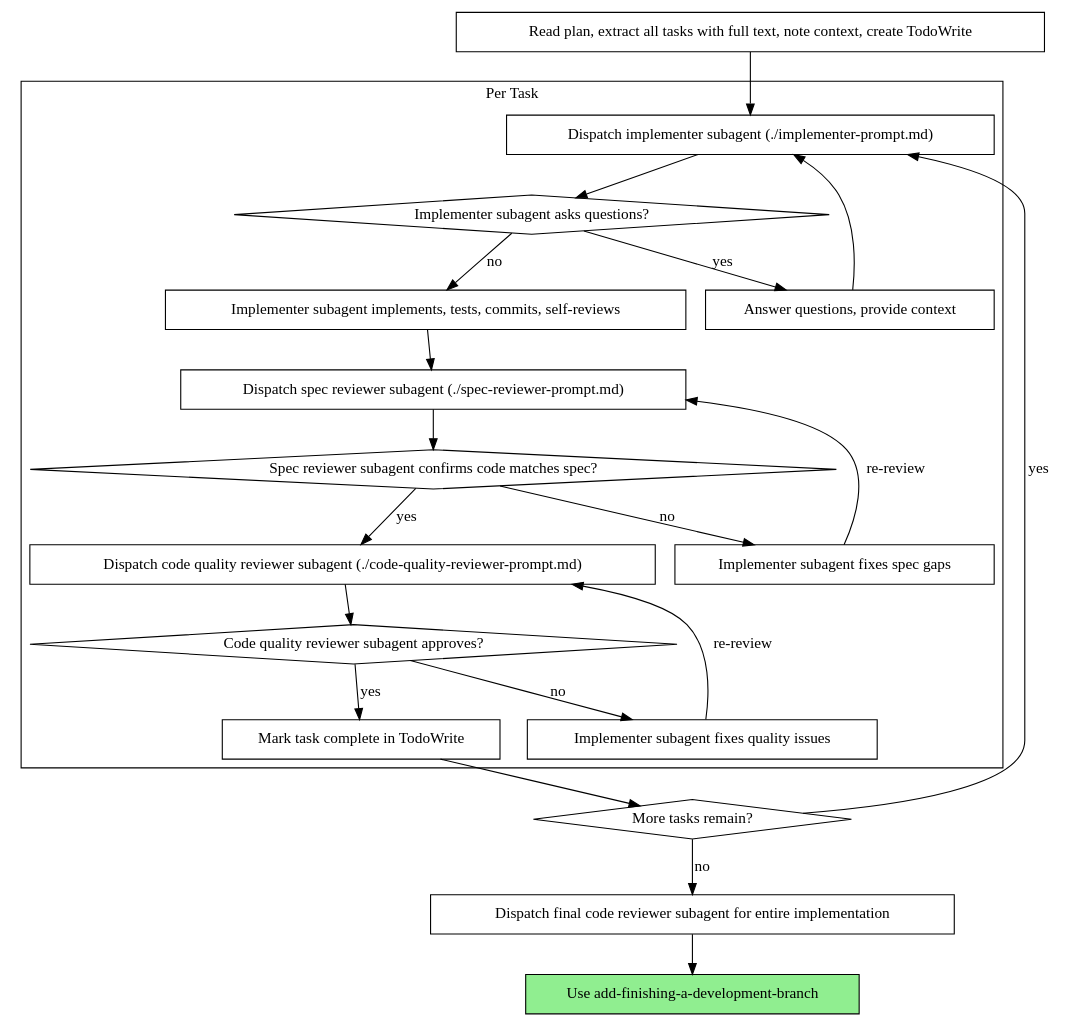
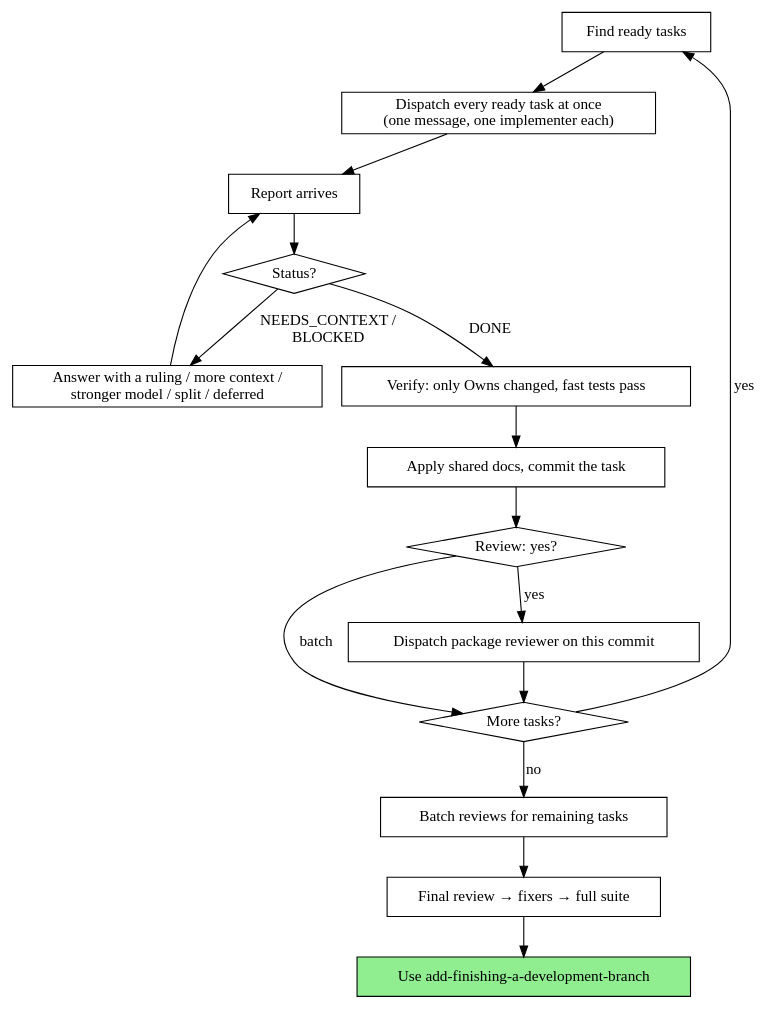
The second of 2 diagrams in skills/add-subagent-driven-development/SKILL.md (spenserhale/agentic-driven-development), drawn with Graphviz before and after one commit. The commit also changed other lines of this file and 26 other files, not shown here.

````diff
--- a/skills/add-subagent-driven-development/SKILL.md
+++ b/skills/add-subagent-driven-development/SKILL.md
@@ -44,44 +41,34 @@
 ```dot
 digraph process {
     rankdir=TB;
-
-    subgraph cluster_per_task {
-        label="Per Task";
-        "Dispatch implementer subagent (./implementer-prompt.md)" [shape=box];
-        "Implementer subagent asks questions?" [shape=diamond];
-        "Answer questions, provide context" [shape=box];
-        "Implementer subagent implements, tests, commits, self-reviews" [shape=box];
-        "Dispatch spec reviewer subagent (./spec-reviewer-prompt.md)" [shape=box];
-        "Spec reviewer subagent confirms code matches spec?" [shape=diamond];
-        "Implementer subagent fixes spec gaps" [shape=box];
-        "Dispatch code quality reviewer subagent (./code-quality-reviewer-prompt.md)" [shape=box];
-        "Code quality reviewer subagent approves?" [shape=diamond];
-        "Implementer subagent fixes quality issues" [shape=box];
-        "Mark task complete in TodoWrite" [shape=box];
-    }
-
-    "Read plan, extract all tasks with full text, note context, create TodoWrite" [shape=box];
-    "More tasks remain?" [shape=diamond];
-    "Dispatch final code reviewer subagent for entire implementation" [shape=box];
+    "Find ready tasks" [shape=box];
+    "Dispatch every ready task at once\n(one message, one implementer each)" [shape=box];
+    "Report arrives" [shape=box];
+    "Status?" [shape=diamond];
+    "Answer with a ruling / more context /\nstronger model / split / deferred" [shape=box];
+    "Verify: only Owns changed, fast tests pass" [shape=box];
+    "Apply shared docs, commit the task" [shape=box];
+    "Review: yes?" [shape=diamond];
+    "Dispatch package reviewer on this commit" [shape=box];
+    "More tasks?" [shape=diamond];
+    "Batch reviews for remaining tasks" [shape=box];
+    "Final review → fixers → full suite" [shape=box];
     "Use add-finishing-a-development-branch" [shape=box style=filled fillcolor=lightgreen];
 
-    "Read plan, extract all tasks with full text, note context, create TodoWrite" -> "Dispatch implementer subagent (./implementer-prompt.md)";
-    "Dispatch implementer subagent (./implementer-prompt.md)" -> "Implementer subagent asks questions?";
-    "Implementer subagent asks questions?" -> "Answer questions, provide context" [label="yes"];
-    "Answer questions, provide context" -> "Dispatch implementer subagent (./implementer-prompt.md)";
-    "Implementer subagent asks questions?" -> "Implementer subagent implements, tests, commits, self-reviews" [label="no"];
-    "Implementer subagent implements, tests, commits, self-reviews" -> "Dispatch spec reviewer subagent (./spec-reviewer-prompt.md)";
-    "Dispatch spec reviewer subagent (./spec-reviewer-prompt.md)" -> "Spec reviewer subagent confirms code matches spec?";
-    "Spec reviewer subagent confirms code matches spec?" -> "Implementer subagent fixes spec gaps" [label="no"];
-    "Implementer subagent fixes spec gaps" -> "Dispatch spec reviewer subagent (./spec-reviewer-prompt.md)" [label="re-review"];
-    "Spec reviewer subagent confirms code matches spec?" -> "Dispatch code quality reviewer subagent (./code-quality-reviewer-prompt.md)" [label="yes"];
-    "Dispatch code quality reviewer subagent (./code-quality-reviewer-prompt.md)" -> "Code quality reviewer subagent approves?";
-    "Code quality reviewer subagent approves?" -> "Implementer subagent fixes quality issues" [label="no"];
-    "Implementer subagent fixes quality issues" -> "Dispatch code quality reviewer subagent (./code-quality-reviewer-prompt.md)" [label="re-review"];
-    "Code quality reviewer subagent approves?" -> "Mark task complete in TodoWrite" [label="yes"];
-    "Mark task complete in TodoWrite" -> "More tasks remain?";
-    "More tasks remain?" -> "Dispatch implementer subagent (./implementer-prompt.md)" [label="yes"];
-    "More tasks remain?" -> "Dispatch final code reviewer subagent for entire implementation" [label="no"];
-    "Dispatch final code reviewer subagent for entire implementation" -> "Use add-finishing-a-development-branch";
+    "Find ready tasks" -> "Dispatch every ready task at once\n(one message, one implementer each)";
+    "Dispatch every ready task at once\n(one message, one implementer each)" -> "Report arrives";
+    "Report arrives" -> "Status?";
+    "Status?" -> "Answer with a ruling / more context /\nstronger model / split / deferred" [label="NEEDS_CONTEXT /\nBLOCKED"];
+    "Answer with a ruling / more context /\nstronger model / split / deferred" -> "Report arrives";
+    "Status?" -> "Verify: only Owns changed, fast tests pass" [label="DONE"];
+    "Verify: only Owns changed, fast tests pass" -> "Apply shared docs, commit the task";
+    "Apply shared docs, commit the task" -> "Review: yes?";
+    "Review: yes?" -> "Dispatch package reviewer on this commit" [label="yes"];
+    "Review: yes?" -> "More tasks?" [label="batch"];
+    "Dispatch package reviewer on this commit" -> "More tasks?";
+    "More tasks?" -> "Find ready tasks" [label="yes"];
+    "More tasks?" -> "Batch reviews for remaining tasks" [label="no"];
+    "Batch reviews for remaining tasks" -> "Final review → fixers → full suite";
+    "Final review → fixers → full suite" -> "Use add-finishing-a-development-branch";
 }
 ```
````
